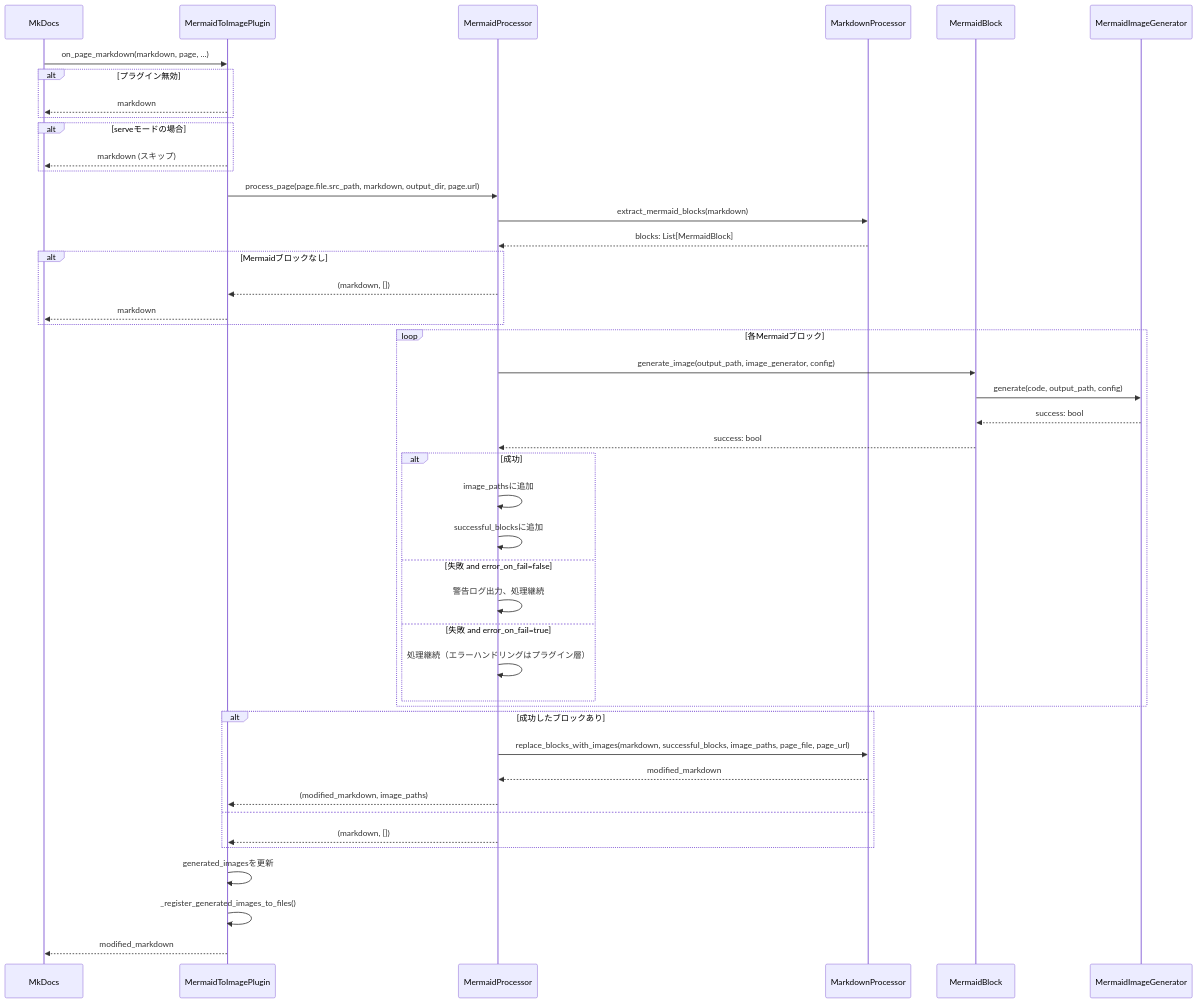
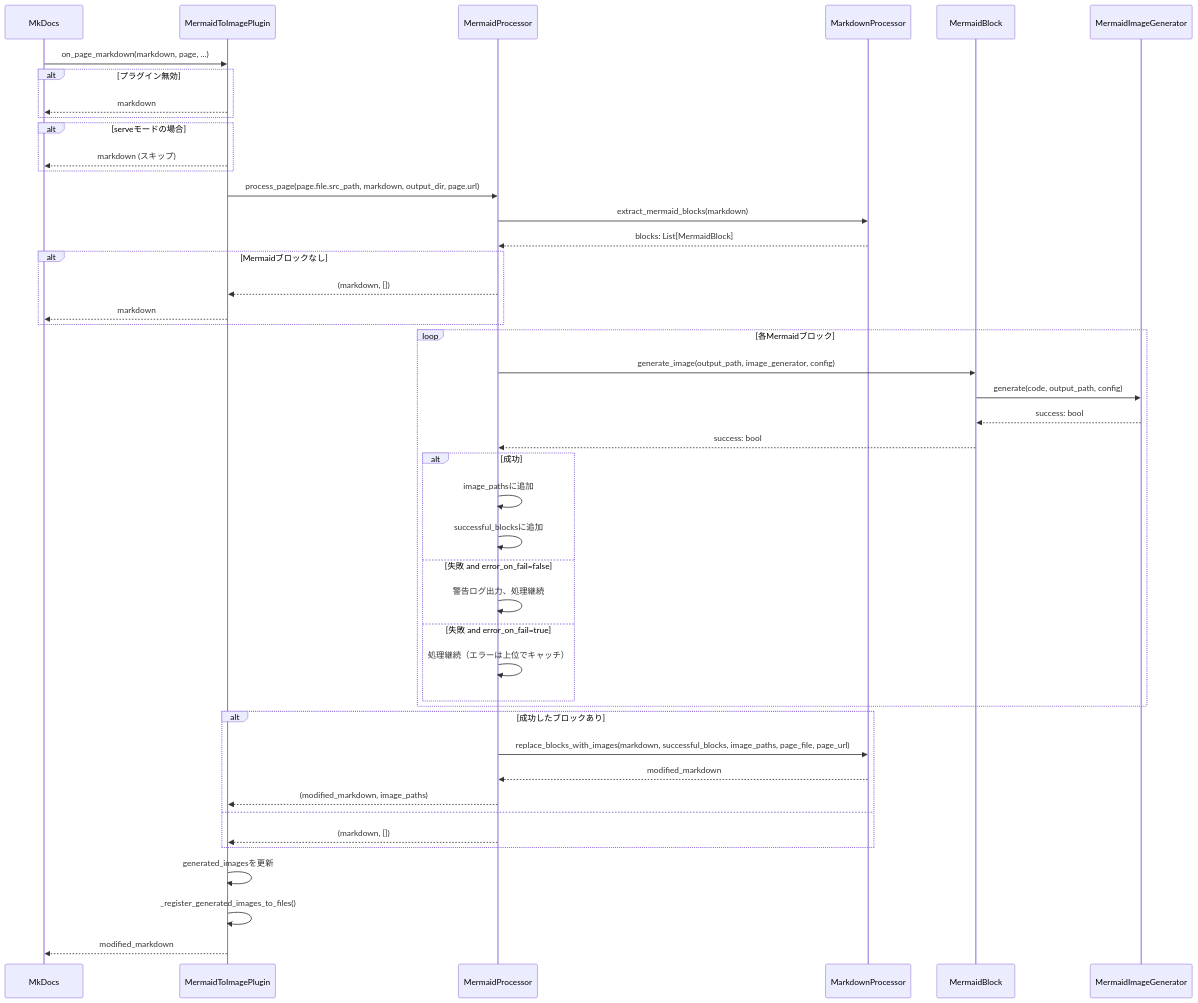
One commit to nuitsjp/mkdocs-mermaid-to-svg changed the fifth of 7 diagrams in docs/architecture.md. Above: the diagram before and after it, drawn with Mermaid. The commit also changed other lines of this file, not shown here.

````diff
--- a/docs/architecture.md
+++ b/docs/architecture.md
@@ -202,56 +205,56 @@
 ```mermaid
 sequenceDiagram
     participant MkDocs
     participant Plugin as MermaidToImagePlugin
     participant Proc as MermaidProcessor
     participant MdProc as MarkdownProcessor
     participant Block as MermaidBlock
     participant ImgGen as MermaidImageGenerator
 
     MkDocs->>Plugin: on_page_markdown(markdown, page, ...)
     
     alt プラグイン無効
         Plugin-->>MkDocs: markdown
     end
     
     alt serveモードの場合
         Plugin-->>MkDocs: markdown (スキップ)
     end
 
     Plugin->>Proc: process_page(page.file.src_path, markdown, output_dir, page.url)
     Proc->>MdProc: extract_mermaid_blocks(markdown)
     MdProc-->>Proc: blocks: List[MermaidBlock]
 
     alt Mermaidブロックなし
         Proc-->>Plugin: (markdown, [])
         Plugin-->>MkDocs: markdown
     end
 
     loop 各Mermaidブロック
         Proc->>Block: generate_image(output_path, image_generator, config)
         Block->>ImgGen: generate(code, output_path, config)
         ImgGen-->>Block: success: bool
         Block-->>Proc: success: bool
         
         alt 成功
             Proc->>Proc: image_pathsに追加
             Proc->>Proc: successful_blocksに追加
         else 失敗 and error_on_fail=false
             Proc->>Proc: 警告ログ出力、処理継続
         else 失敗 and error_on_fail=true
-            Proc->>Proc: 処理継続（エラーハンドリングはプラグイン層）
+            Proc->>Proc: 処理継続（エラーは上位でキャッチ）
         end
     end
 
     alt 成功したブロックあり
         Proc->>MdProc: replace_blocks_with_images(markdown, successful_blocks, image_paths, page_file, page_url)
         MdProc-->>Proc: modified_markdown
         Proc-->>Plugin: (modified_markdown, image_paths)
     else
         Proc-->>Plugin: (markdown, [])
     end
 
     Plugin->>Plugin: generated_imagesを更新
     Plugin->>Plugin: _register_generated_images_to_files()
     Plugin-->>MkDocs: modified_markdown
 ```
````
